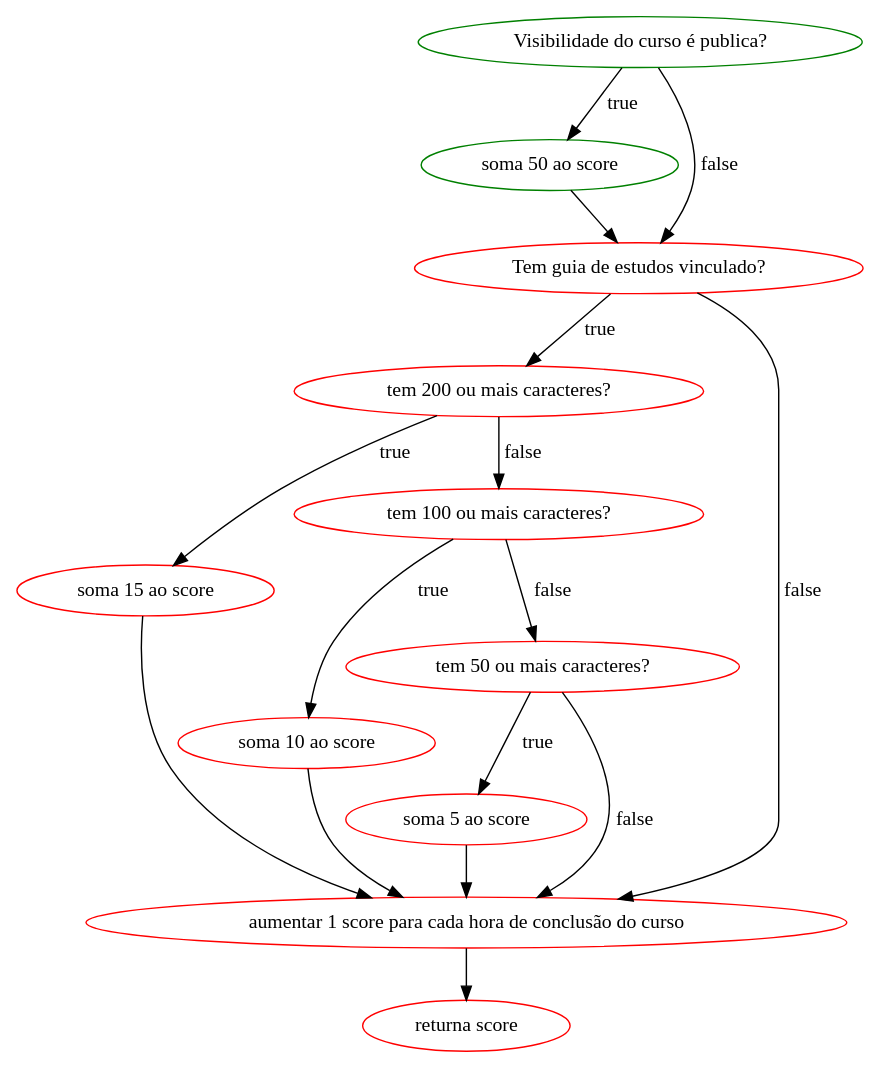
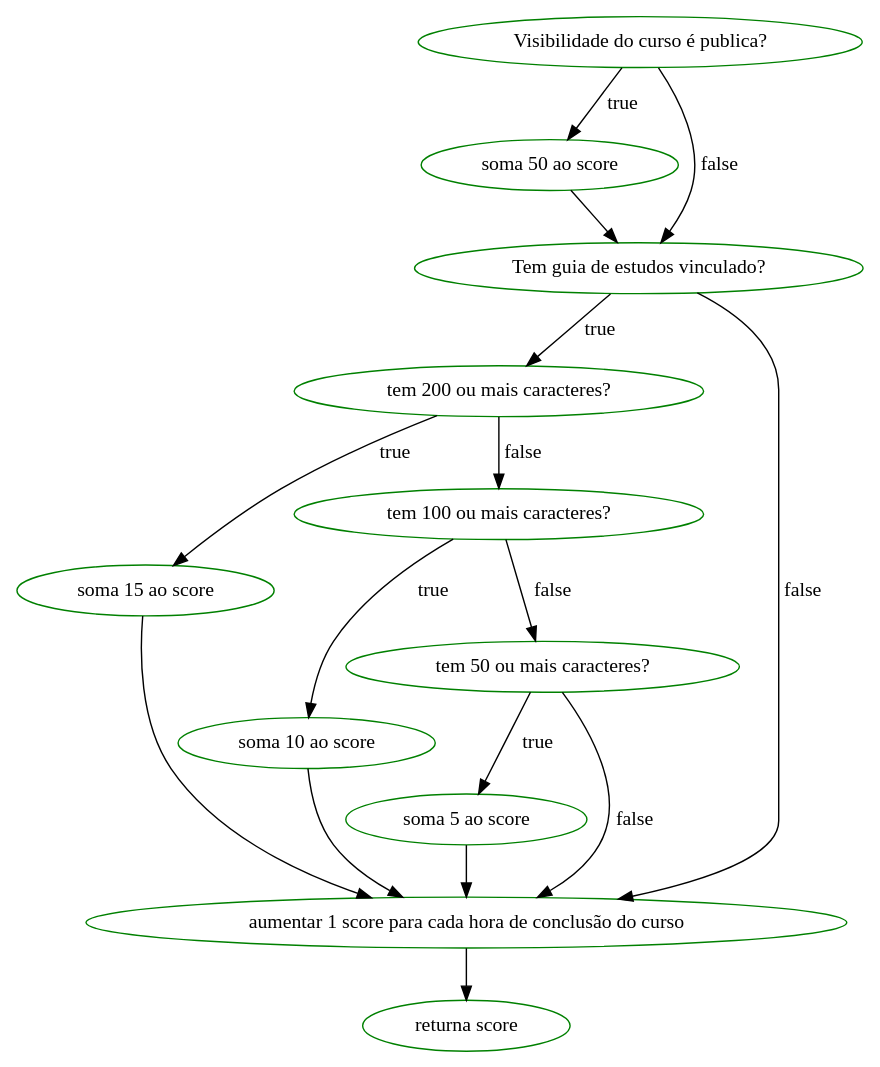
The diagram in course-calculatePopularityScore.dot (mariasantosdev/harbitech), drawn with Graphviz before and after one commit. The commit also changed 3 other files, not shown here.

```diff
--- a/course-calculatePopularityScore.dot
+++ b/course-calculatePopularityScore.dot
@@ -1,29 +1,29 @@
 digraph G {
 node2 [label="Visibilidade do curso é publica?", shape=ellipse, color=green, fillcolor=white, style=solid];
 node3 [label="soma 50 ao score", shape=ellipse, color=green, fillcolor=white, style=solid];
-node4 [label="Tem guia de estudos vinculado?", shape=ellipse, color=red, fillcolor=white, style=solid];
-node6 [label="tem 200 ou mais caracteres?", shape=ellipse, color=red, fillcolor=white, style=solid];
-node7 [label="soma 15 ao score", shape=ellipse, color=red, fillcolor=white, style=solid];
-node8 [label="tem 100 ou mais caracteres?", shape=ellipse, color=red, fillcolor=white, style=solid];
-node9 [label="soma 10 ao score", shape=ellipse, color=red, fillcolor=white, style=solid];
-node10 [label="tem 50 ou mais caracteres?", shape=ellipse, color=red, fillcolor=white, style=solid];
-node11 [label="soma 5 ao score", shape=ellipse, color=red, fillcolor=white, style=solid];
-node12 [label="aumentar 1 score para cada hora de conclusão do curso", shape=ellipse, color=red, fillcolor=white, style=solid];
-node13 [label="returna score", shape=ellipse, color=red, fillcolor=white, style=solid];
+node4 [label="Tem guia de estudos vinculado?", shape=ellipse, color=green, fillcolor=white, style=solid];
+node6 [label="tem 200 ou mais caracteres?", shape=ellipse, color=green, fillcolor=white, style=solid];
+node7 [label="soma 15 ao score", shape=ellipse, color=green, fillcolor=white, style=solid];
+node8 [label="tem 100 ou mais caracteres?", shape=ellipse, color=green, fillcolor=white, style=solid];
+node9 [label="soma 10 ao score", shape=ellipse, color=green, fillcolor=white, style=solid];
+node10 [label="tem 50 ou mais caracteres?", shape=ellipse, color=green, fillcolor=white, style=solid];
+node11 [label="soma 5 ao score", shape=ellipse, color=green, fillcolor=white, style=solid];
+node12 [label="aumentar 1 score para cada hora de conclusão do curso", shape=ellipse, color=green, fillcolor=white, style=solid];
+node13 [label="returna score", shape=ellipse, color=green, fillcolor=white, style=solid];
 
 node2 -> node3 [label="true"];
 node3 -> node4;
 node2 -> node4 [label="false"];
 node4 -> node6 [label="true"];
 node6 -> node7 [label="true"];
 node6 -> node8 [label="false"];
 node7 -> node12;
 node8 -> node9 [label="true"];
 node9 -> node12;
 node8 -> node10 [label="false"];
 node10 -> node11 [label="true"];
 node10 -> node12 [label="false"];
 node11 -> node12;
 node4 -> node12 [label="false"];
 node12 -> node13;
 }
```
